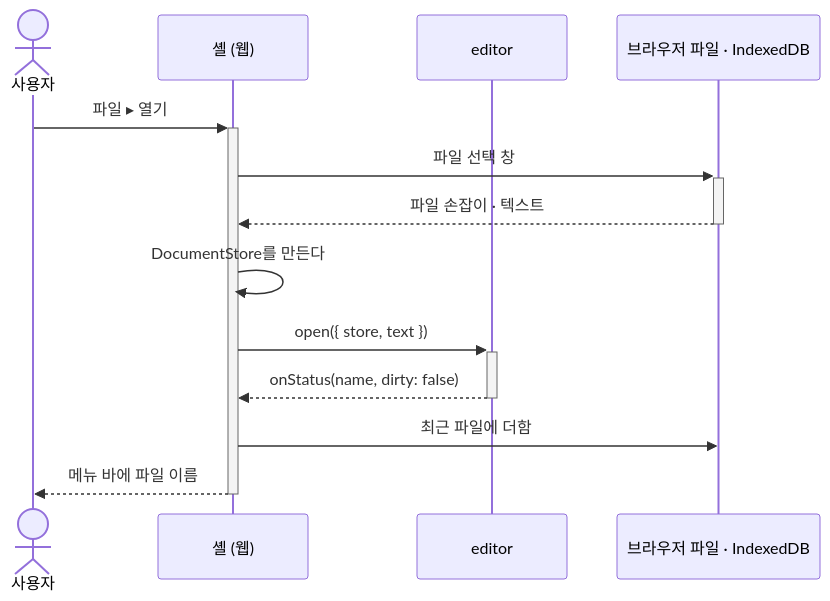
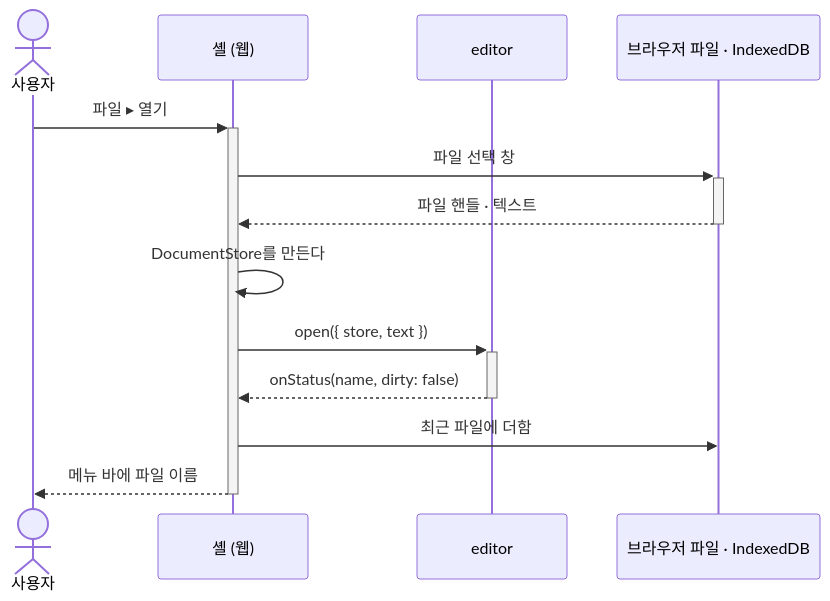
The second of 2 diagrams in docs/04-design/03-editor.md (reddiana/AriadneNSD), drawn with Mermaid before and after one commit. The commit also changed other lines of this file and 6 other files, not shown here.

````diff
--- a/docs/04-design/03-editor.md
+++ b/docs/04-design/03-editor.md
@@ -321,15 +321,15 @@
 ```mermaid
 sequenceDiagram
     actor U as 사용자
     participant S as 셸 (웹)
     participant E as editor
     participant F as 브라우저 파일 · IndexedDB
     U->>+S: 파일 ▸ 열기
     S->>+F: 파일 선택 창
-    F-->>-S: 파일 손잡이 · 텍스트
+    F-->>-S: 파일 핸들 · 텍스트
     S->>S: DocumentStore를 만든다
     S->>+E: open({ store, text })
     E-->>-S: onStatus(name, dirty: false)
     S->>F: 최근 파일에 더함
     S-->>-U: 메뉴 바에 파일 이름
 ```
````
